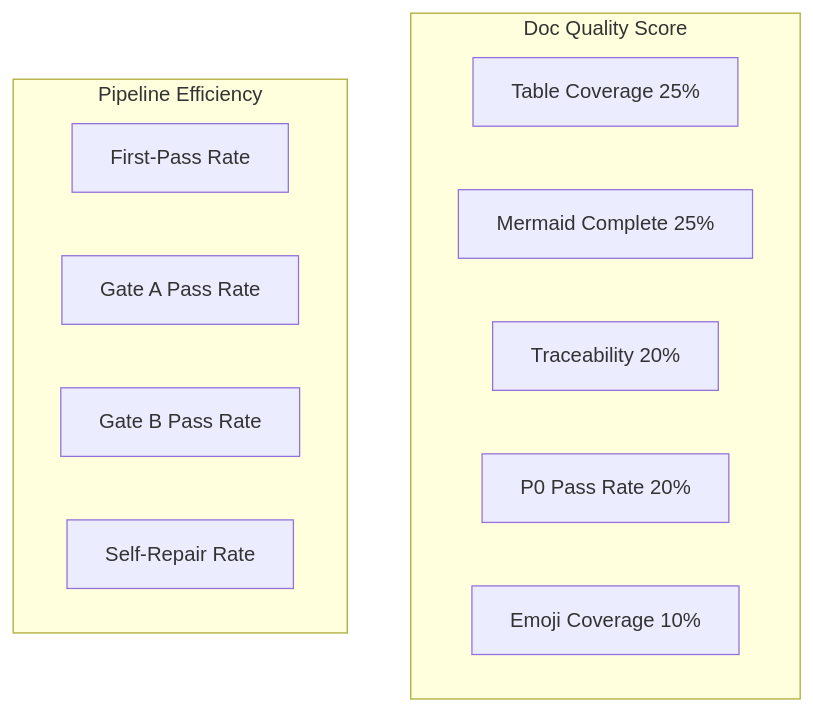
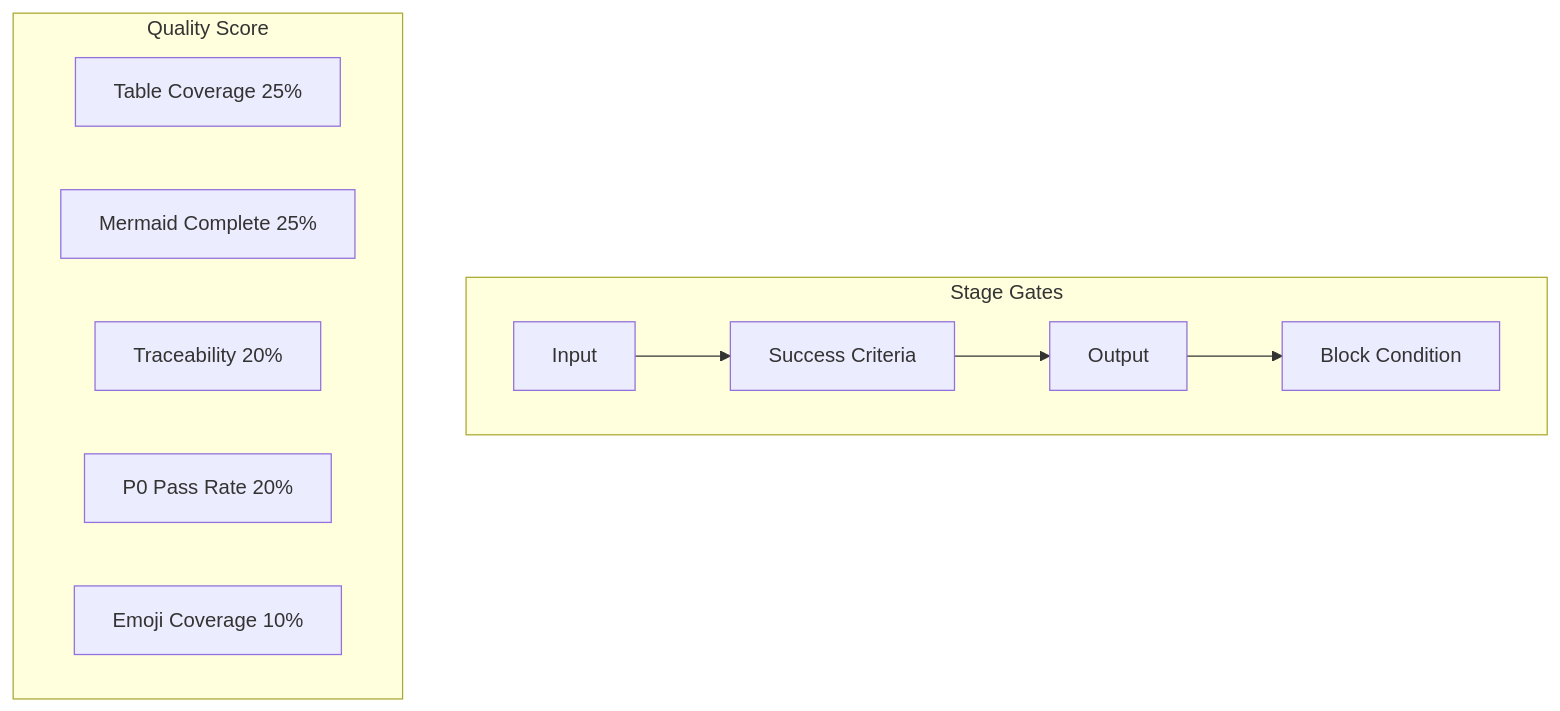
One commit to effiy/YrY changed the diagram in skills/build-feature/rules/metrics.md. Above: the diagram before and after it, drawn with Mermaid. The commit also changed other lines of this file and 5 other files, not shown here.

````diff
--- a/skills/build-feature/rules/metrics.md
+++ b/skills/build-feature/rules/metrics.md
@@ -3,16 +3,13 @@
 ```mermaid
 graph TD
-    subgraph "Doc Quality Score"
+    subgraph "Stage Gates"
+        IN[Input] --> SC[Success Criteria] --> OUT[Output] --> BL[Block Condition]
+    end
+    subgraph "Quality Score"
         TBL[Table Coverage 25%]
         MM[Mermaid Complete 25%]
         TR[Traceability 20%]
         P0[P0 Pass Rate 20%]
         EM[Emoji Coverage 10%]
     end
-    subgraph "Pipeline Efficiency"
-        FP[First-Pass Rate]
-        GA[Gate A Pass Rate]
-        GB[Gate B Pass Rate]
-        SR[Self-Repair Rate]
-    end
 ```
````
